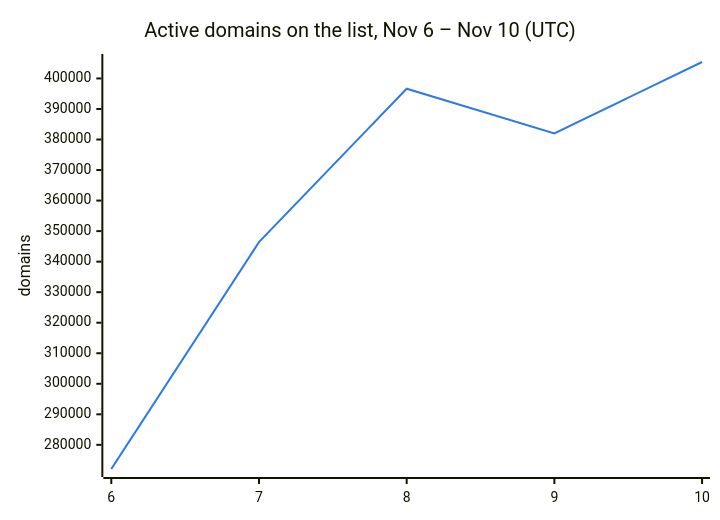
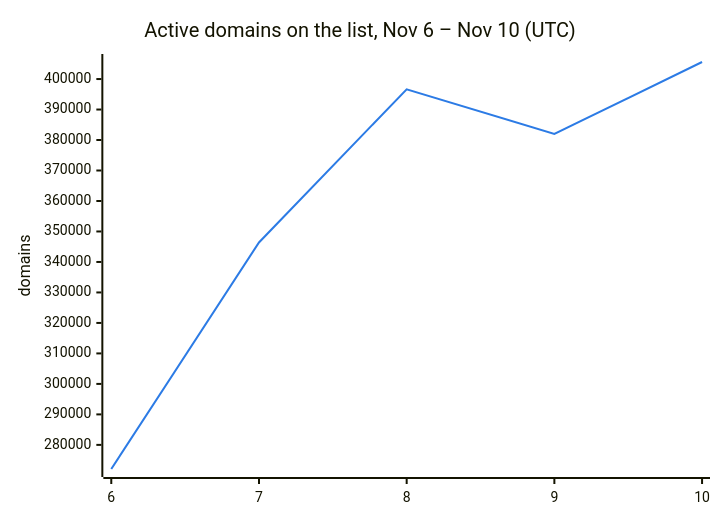
The second of 3 diagrams in README.md (DNSBunker/CTI), drawn with Mermaid before and after one commit. The commit also changed other lines of this file and 3 other files, not shown here.

````diff
--- a/README.md
+++ b/README.md
@@ -38,8 +38,8 @@
 ```mermaid
 %%{init: {"themeVariables": {"xyChart": {"plotColorPalette": "#2c7be5"}}}}%%
 xychart-beta
     title "Active domains on the list, Nov 6 – Nov 10 (UTC)"
     x-axis ["6", "7", "8", "9", "10"]
     y-axis "domains"
-    line [272088, 346388, 396638, 382009, 405388]
+    line [272088, 346388, 396638, 382009, 405591]
 ```
````
